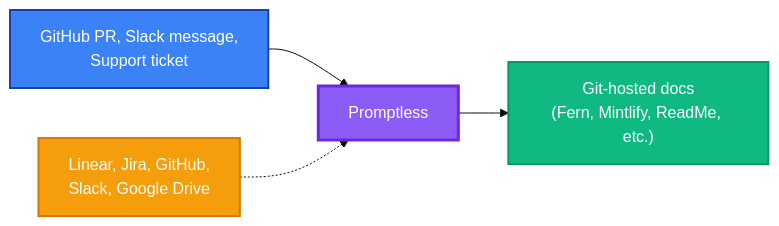
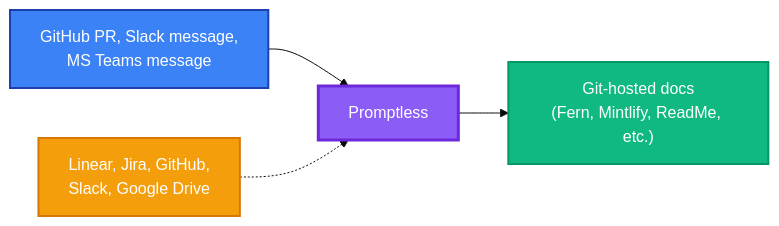
The diagram in fern/docs/index.mdx (Promptless/docs), drawn with Mermaid (base theme) before and after one commit. The commit also changed other lines of this file and 8 other files, not shown here.

````diff
--- a/fern/docs/index.mdx
+++ b/fern/docs/index.mdx
@@ -30,16 +30,16 @@
 ```mermaid
 graph LR
-    TRIGGERS["GitHub PR, Slack message,<br/>Support ticket"]
+    TRIGGERS["GitHub PR, Slack message,<br/>MS Teams message"]
     CONTEXT["Linear, Jira, GitHub,<br/>Slack, Google Drive"]
     DOCS["Git-hosted docs<br/>(Fern, Mintlify, ReadMe, etc.)"]
     
     TRIGGERS --> PROMPTLESS
     PROMPTLESS["Promptless"]
     CONTEXT -.-> PROMPTLESS
     PROMPTLESS --> DOCS
     
     style TRIGGERS fill:#3b82f6,stroke:#1e40af,stroke-width:2px,color:#fff
     style CONTEXT fill:#f59e0b,stroke:#d97706,stroke-width:2px,color:#fff
     style DOCS fill:#10b981,stroke:#059669,stroke-width:2px,color:#fff
     style PROMPTLESS fill:#8b5cf6,stroke:#6d28d9,stroke-width:3px,color:#fff
 ```
````
